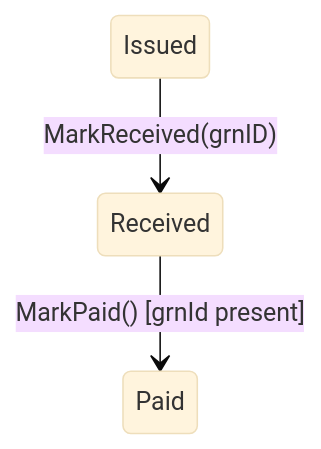
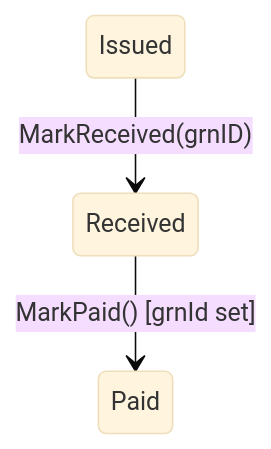
One commit to wahidyankf/baseerah changed the third of 26 diagrams in apps/ayokoding-www/content/en/learn/software-engineering/software-architecture/domain-driven-design-ddd/in-procedural-by-example/intermediate.md. Above: the diagram before and after it, drawn with Mermaid (base theme). The commit also changed other lines of this file and 88 other files, not shown here.

First line of the commit message:
fix(ayokoding-www): resolve pre-existing Mermaid violations, exclude fixtures/plans-done

````diff
--- a/apps/ayokoding-www/content/en/learn/software-engineering/software-architecture/domain-driven-design-ddd/in-procedural-by-example/intermediate.md
+++ b/apps/ayokoding-www/content/en/learn/software-engineering/software-architecture/domain-driven-design-ddd/in-procedural-by-example/intermediate.md
@@ -294,5 +294,5 @@
 ```mermaid
 stateDiagram-v2
     Issued --> Received: MarkReceived#40;grnID#41;
-    Received --> Paid: MarkPaid#40;#41; [grnId present]
+    Received --> Paid: MarkPaid#40;#41; [grnId set]
 ```
````
